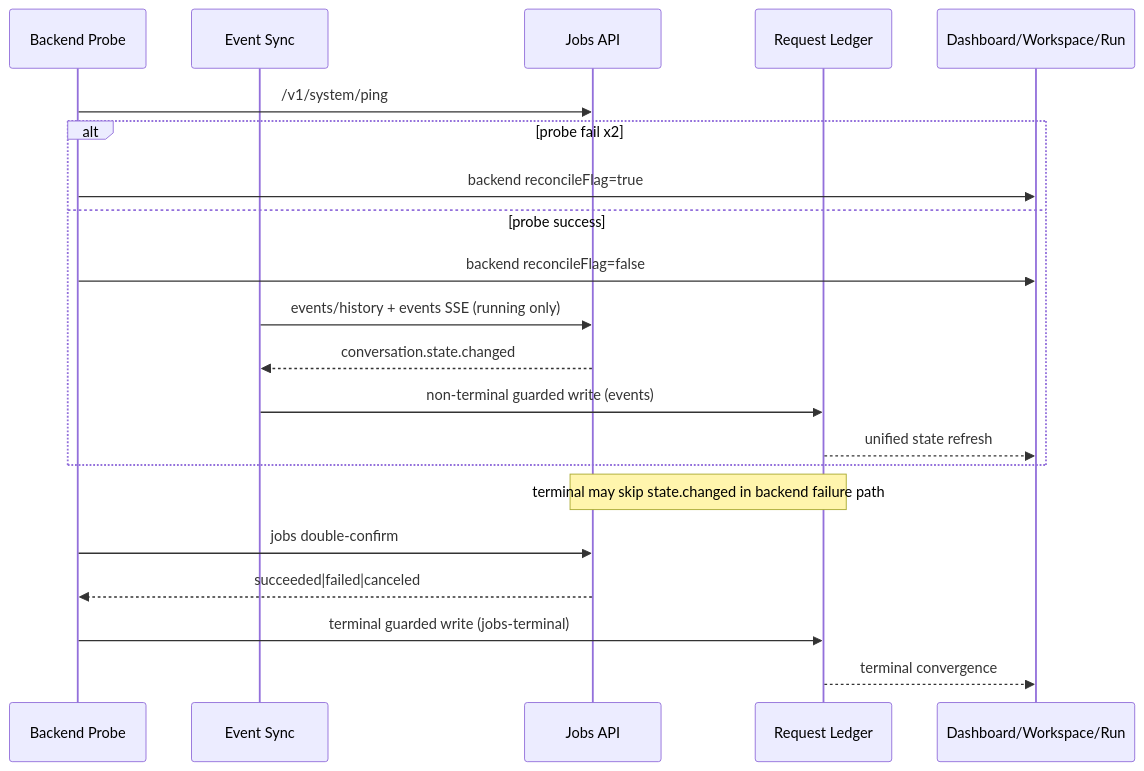
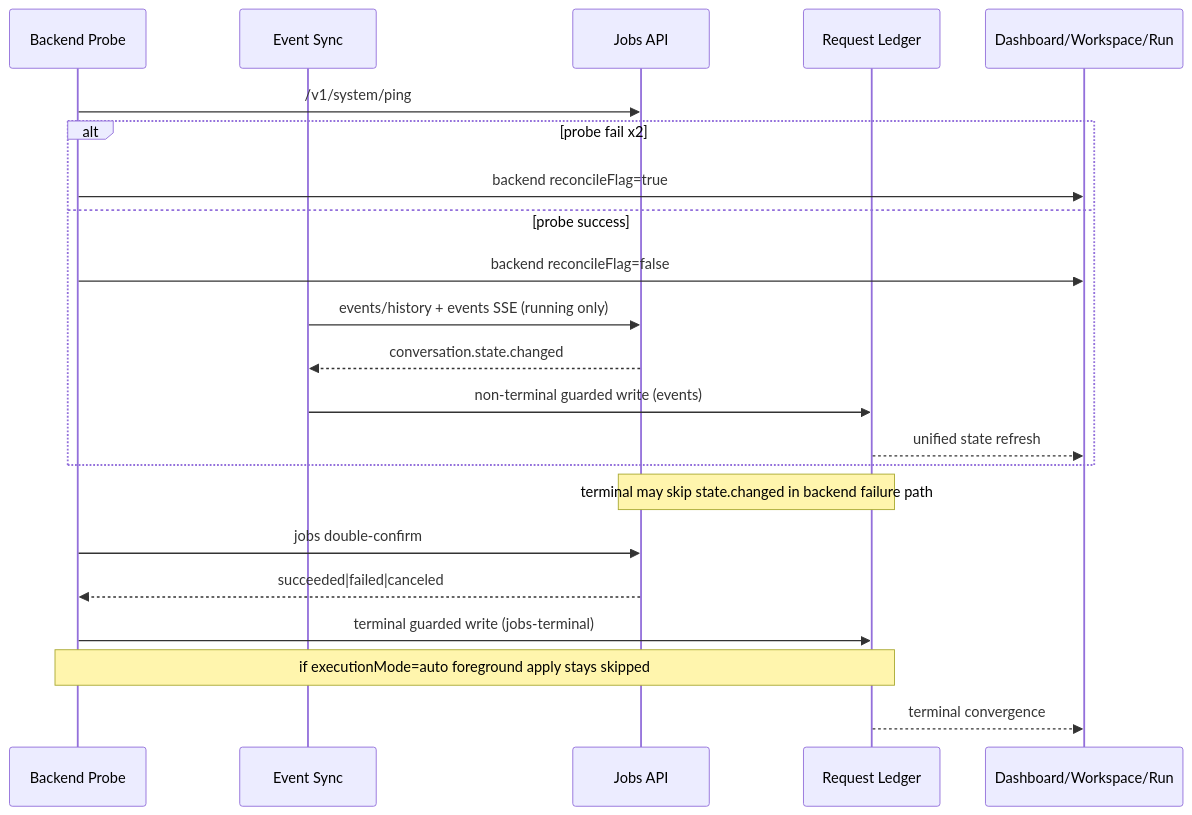
One commit to leike0813/Zotero-Skills changed the diagram in doc/components/skillrunner-provider-state-machine-ssot.md. Above: the diagram before and after it, drawn with Mermaid. The commit also changed other lines of this file and 86 other files, not shown here.

````diff
--- a/doc/components/skillrunner-provider-state-machine-ssot.md
+++ b/doc/components/skillrunner-provider-state-machine-ssot.md
@@ -200,25 +226,26 @@
 ```mermaid
 sequenceDiagram
     participant Probe as Backend Probe
     participant Sync as Event Sync
     participant Jobs as Jobs API
     participant Ledger as Request Ledger
     participant UI as Dashboard/Workspace/Run
 
     Probe->>Jobs: /v1/system/ping
     alt probe fail x2
       Probe->>UI: backend reconcileFlag=true
     else probe success
       Probe->>UI: backend reconcileFlag=false
       Sync->>Jobs: events/history + events SSE (running only)
       Jobs-->>Sync: conversation.state.changed
       Sync->>Ledger: non-terminal guarded write (events)
       Ledger-->>UI: unified state refresh
     end
 
     Note over Jobs,Ledger: terminal may skip state.changed in backend failure path
     Probe->>Jobs: jobs double-confirm
     Jobs-->>Probe: succeeded|failed|canceled
     Probe->>Ledger: terminal guarded write (jobs-terminal)
+    Note over Probe,Ledger: if executionMode=auto foreground apply stays skipped
     Ledger-->>UI: terminal convergence
 ```
````
